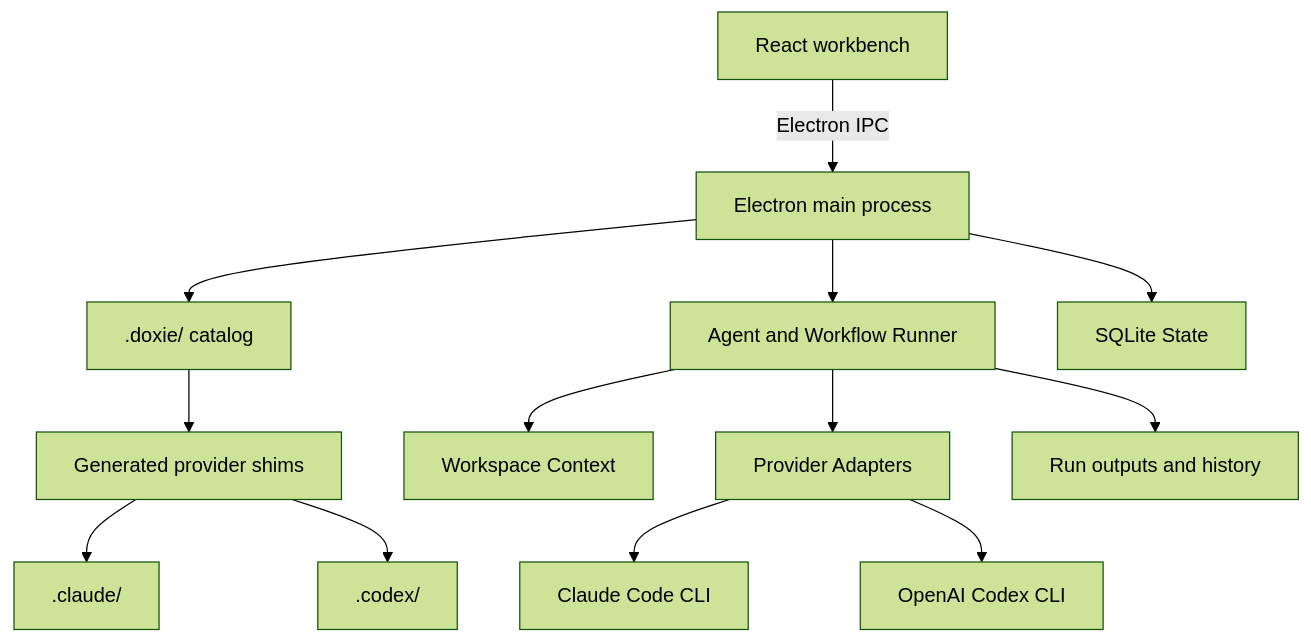
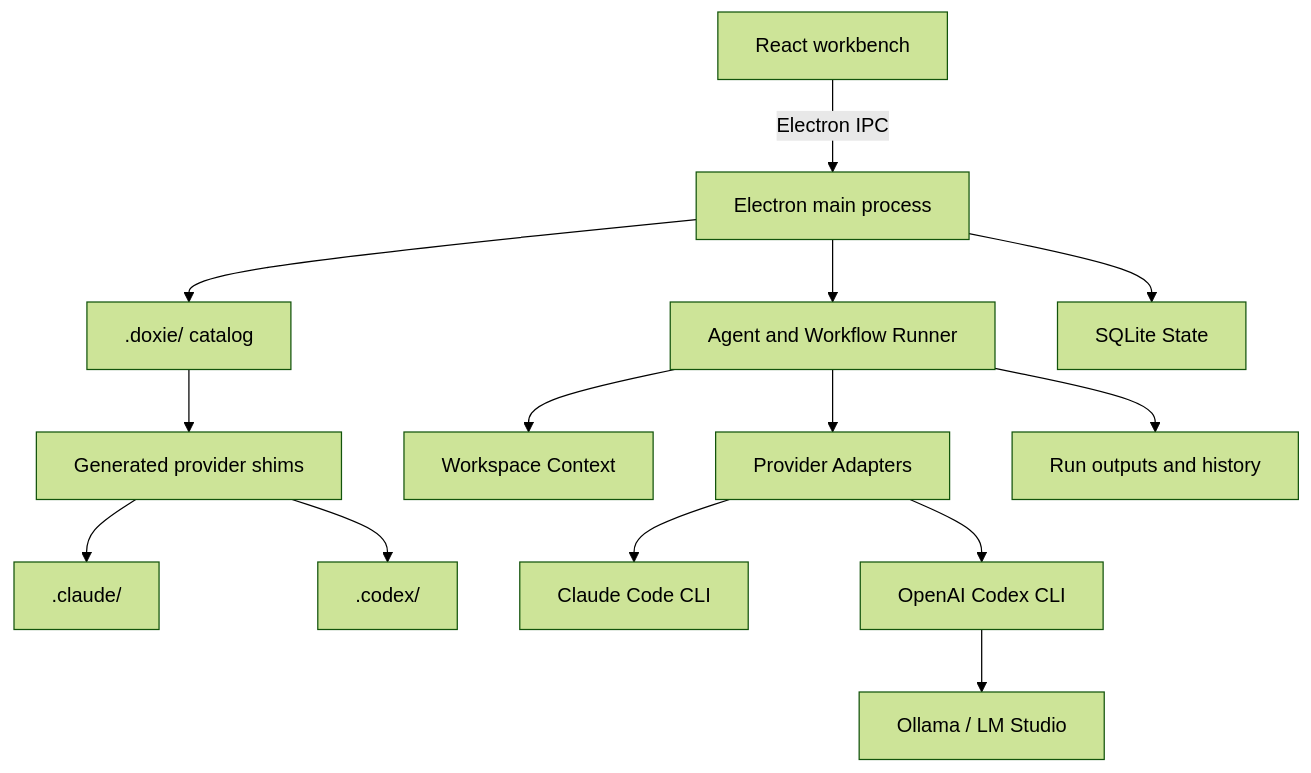
The diagram in README.md (viamus/DoxieOS), drawn with Mermaid (forest theme) before and after one commit. The commit also changed other lines of this file and 1 other file, not shown here.

````diff
--- a/README.md
+++ b/README.md
@@ -46,15 +91,16 @@
 ```mermaid
 flowchart TD
     UI["React workbench"] -->|Electron IPC| Main["Electron main process"]
     Main --> Catalog[".doxie/ catalog"]
     Main --> Runner["Agent and Workflow Runner"]
     Main --> State["SQLite State"]
     Runner --> Workspace["Workspace Context"]
     Runner --> Providers["Provider Adapters"]
     Providers --> Claude["Claude Code CLI"]
     Providers --> Codex["OpenAI Codex CLI"]
+    Codex --> Local["Ollama / LM Studio"]
     Catalog --> Generated["Generated provider shims"]
     Generated --> ClaudeFiles[".claude/"]
     Generated --> CodexFiles[".codex/"]
     Runner --> Runs["Run outputs and history"]
 ```
````
